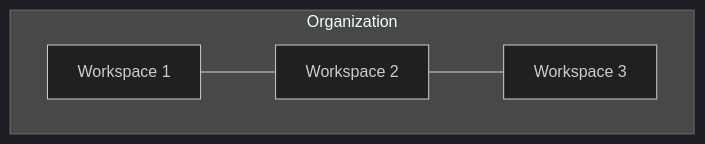
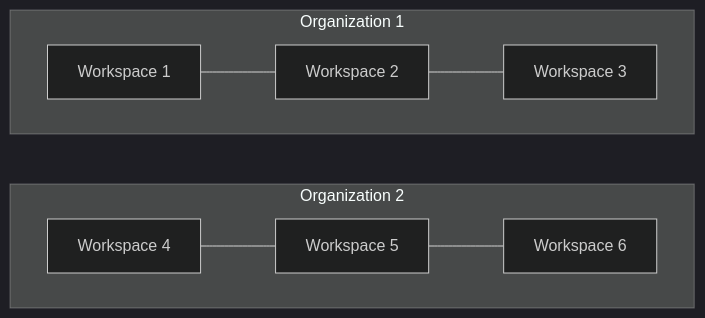
The diagram in docs/platform/organizations-workspaces/organizations/readme.md (airbytehq/airbyte), drawn with Mermaid (dark theme) before and after one commit. The commit also changed other lines of this file and 1 other file, not shown here.

Commit message:
Refined the organization explanation a bit, and added somewhat better colors for Mermaid diagrams

````diff
--- a/docs/platform/organizations-workspaces/organizations/readme.md
+++ b/docs/platform/organizations-workspaces/organizations/readme.md
@@ -19,7 +19,11 @@
 ```mermaid
 flowchart LR
-  subgraph Org[Organization]
+  subgraph Org2[Organization 2]
+    direction LR
+    WS4[Workspace 4] --- WS5[Workspace 5] --- WS6[Workspace 6]
+  end
+  subgraph Org1[Organization 1]
     direction LR
     WS1[Workspace 1] --- WS2[Workspace 2] --- WS3[Workspace 3]
   end
 ```
````
